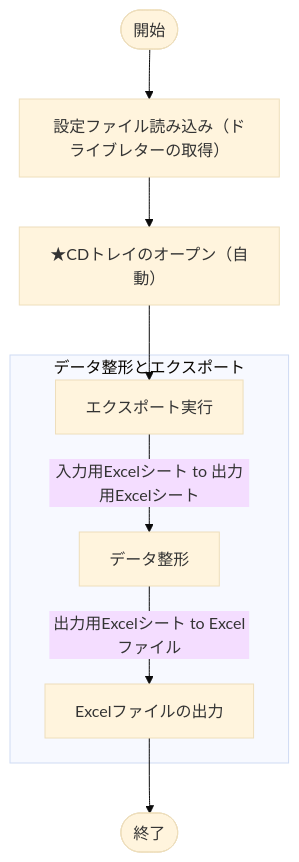
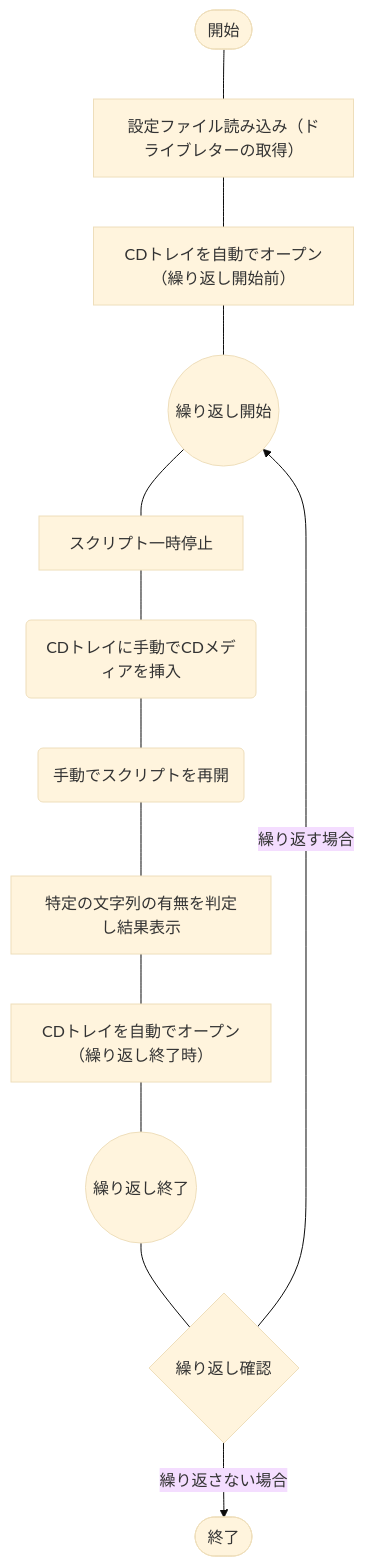
One commit to akiGAMEBOY/haretokidoki_zn changed the diagram in articles/f1634c386ffc1d.md. Above: the diagram before and after it, drawn with Mermaid (base theme). The commit also changed other lines of this file and 1 other file, not shown here.

````diff
--- a/articles/f1634c386ffc1d.md
+++ b/articles/f1634c386ffc1d.md
@@ -33,11 +35,15 @@
 ```mermaid
 flowchart TB
-    A([開始]) --> B[設定ファイル読み込み（ドライブレターの取得）]
-    B --> C[★CDトレイのオープン（自動）]
-    C --> D[エクスポート実行]
-    subgraph データ整形とエクスポート
-    D --> |入力用Excelシート to 出力用Excelシート| E[データ整形]
-    E --> |出力用Excelシート to Excelファイル| F[Excelファイルの出力]
-    end
-    F --> G([終了])
+    A(["開始"]) --- B["設定ファイル読み込み（ドライブレターの取得）"]
+    B --- C["CDトレイを自動でオープン（繰り返し開始前）"]
+    C --- D(("繰り返し開始"))
+    D --- E["スクリプト一時停止"]
+    E --- F("CDトレイに手動でCDメディアを挿入")
+    F --- G("手動でスクリプトを再開")
+    G --- H["特定の文字列の有無を判定し結果表示"]
+    H --- I["CDトレイを自動でオープン（繰り返し終了時）"]
+    I --- J(("繰り返し終了"))
+    J --- K{"繰り返し確認"}
+    K --> |"繰り返す場合"| D
+    K --> |"繰り返さない場合"| L(["終了"])
 ```
````
